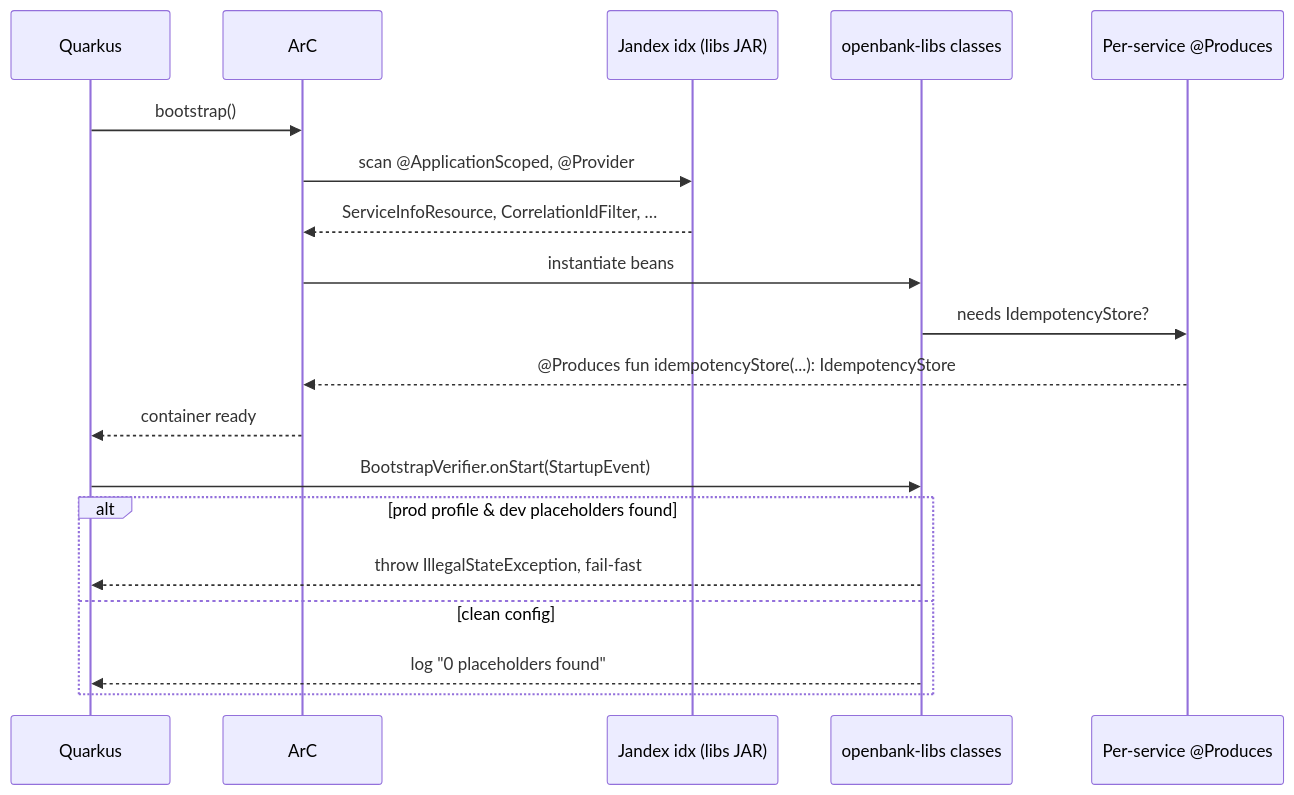
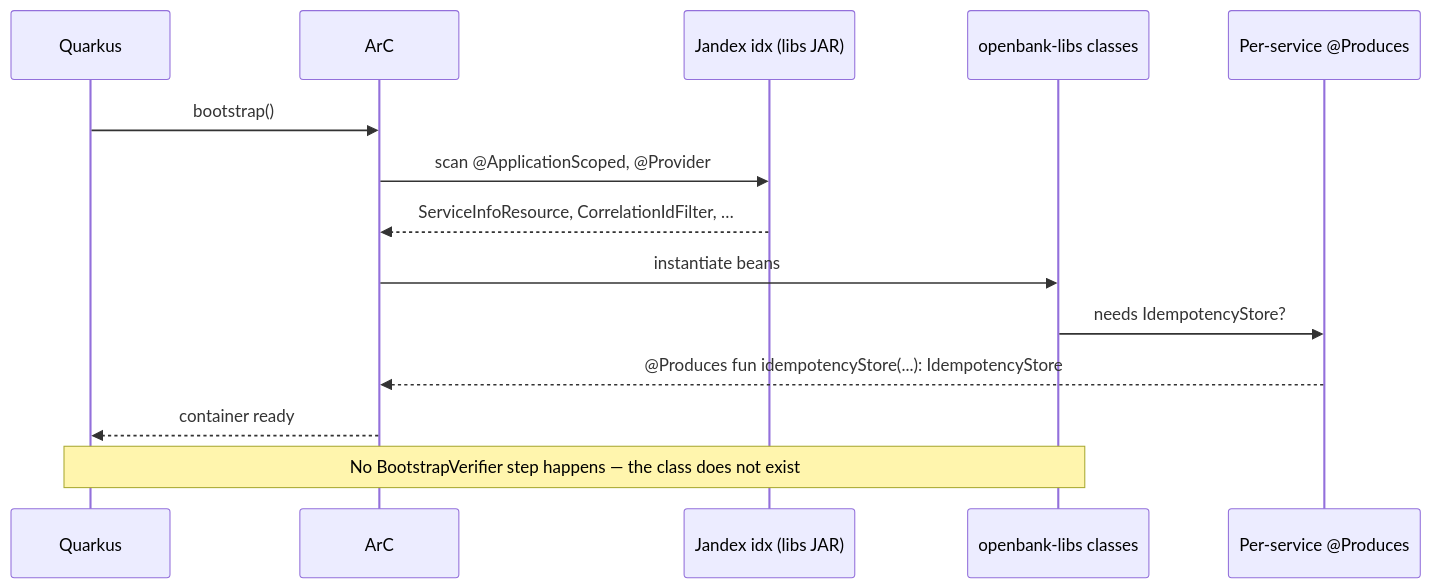
One commit to JiRaska/open-bank-oss changed the third of 3 diagrams in openbank-libs/docs/02-architecture.en.md. Above: the diagram before and after it, drawn with Mermaid. The commit also changed other lines of this file and 11 other files, not shown here.

````diff
--- a/openbank-libs/docs/02-architecture.en.md
+++ b/openbank-libs/docs/02-architecture.en.md
@@ -235,22 +235,17 @@
 ```mermaid
 sequenceDiagram
   participant Quarkus
   participant ArC
   participant Jandex as Jandex idx (libs JAR)
   participant Libs as openbank-libs classes
   participant SvcCfg as Per-service @Produces
 
   Quarkus->>ArC: bootstrap()
   ArC->>Jandex: scan @ApplicationScoped, @Provider
   Jandex-->>ArC: ServiceInfoResource, CorrelationIdFilter, …
   ArC->>Libs: instantiate beans
   Libs->>SvcCfg: needs IdempotencyStore?
   SvcCfg-->>ArC: @Produces fun idempotencyStore(...): IdempotencyStore
   ArC-->>Quarkus: container ready
-  Quarkus->>Libs: BootstrapVerifier.onStart(StartupEvent)
-  alt prod profile & dev placeholders found
-    Libs-->>Quarkus: throw IllegalStateException, fail-fast
-  else clean config
-    Libs-->>Quarkus: log "0 placeholders found"
-  end
+  Note over Quarkus,Libs: No BootstrapVerifier step happens — the class does not exist
 ```
````
